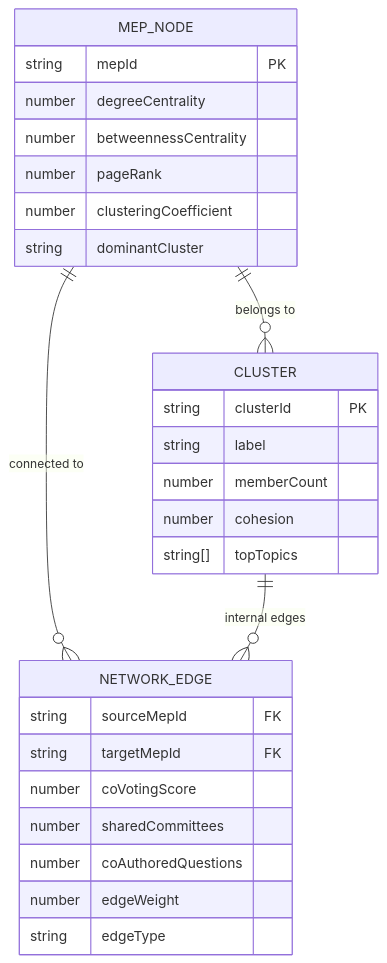
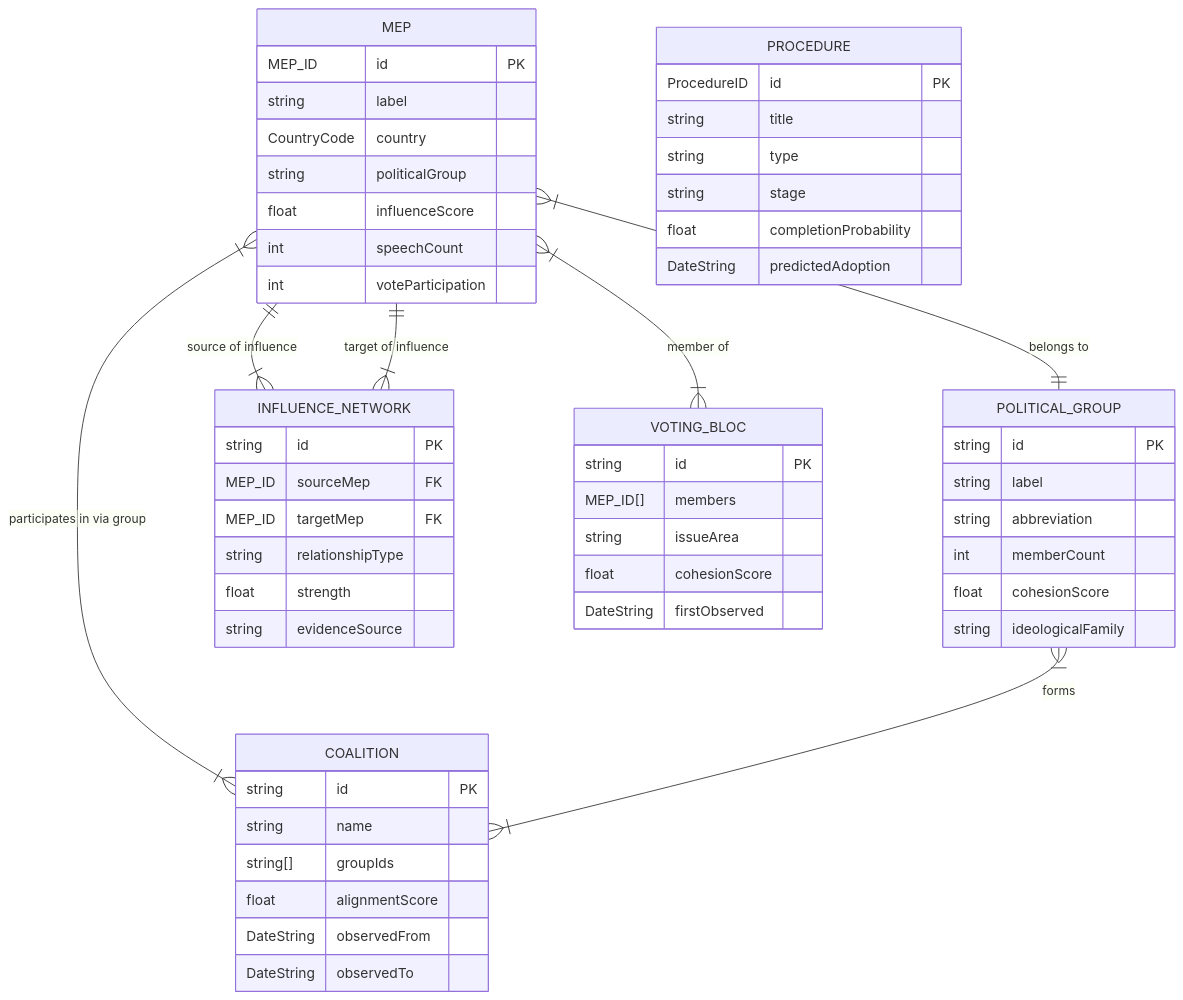
The first of 5 diagrams in FUTURE_DATA_MODEL.md (Hack23/European-Parliament-MCP-Server), drawn with Mermaid before and after one commit. The commit also changed other lines of this file and 13 other files, not shown here.

````diff
--- a/FUTURE_DATA_MODEL.md
+++ b/FUTURE_DATA_MODEL.md
@@ -220,33 +68,63 @@
 ```mermaid
 erDiagram
-    MEP_NODE ||--o{ NETWORK_EDGE : "connected to"
-    MEP_NODE ||--o{ CLUSTER : "belongs to"
-    CLUSTER ||--o{ NETWORK_EDGE : "internal edges"
-    
-    MEP_NODE {
-        string mepId PK
-        number degreeCentrality
-        number betweennessCentrality
-        number pageRank
-        number clusteringCoefficient
-        string dominantCluster
+    MEP {
+        MEP_ID id PK
+        string label
+        CountryCode country
+        string politicalGroup
+        float influenceScore
+        int speechCount
+        int voteParticipation
     }
-    
-    NETWORK_EDGE {
-        string sourceMepId FK
-        string targetMepId FK
-        number coVotingScore
-        number sharedCommittees
-        number coAuthoredQuestions
-        number edgeWeight
-        string edgeType
+
+    POLITICAL_GROUP {
+        string id PK
+        string label
+        string abbreviation
+        int memberCount
+        float cohesionScore
+        string ideologicalFamily
     }
-    
-    CLUSTER {
-        string clusterId PK
-        string label
-        number memberCount
-        number cohesion
-        string[] topTopics
+
+    COALITION {
+        string id PK
+        string name
+        string[] groupIds
+        float alignmentScore
+        DateString observedFrom
+        DateString observedTo
     }
+
+    PROCEDURE {
+        ProcedureID id PK
+        string title
+        string type
+        string stage
+        float completionProbability
+        DateString predictedAdoption
+    }
+
+    INFLUENCE_NETWORK {
+        string id PK
+        MEP_ID sourceMep FK
+        MEP_ID targetMep FK
+        string relationshipType
+        float strength
+        string evidenceSource
+    }
+
+    VOTING_BLOC {
+        string id PK
+        MEP_ID[] members
+        string issueArea
+        float cohesionScore
+        DateString firstObserved
+    }
+
+    MEP }|--|| POLITICAL_GROUP : "belongs to"
+    MEP }|--|{ COALITION : "participates in via group"
+    MEP ||--|{ INFLUENCE_NETWORK : "source of influence"
+    MEP ||--|{ INFLUENCE_NETWORK : "target of influence"
+    MEP }|--|{ VOTING_BLOC : "member of"
+    POLITICAL_GROUP }|--|{ COALITION : "forms"
 ```
````
